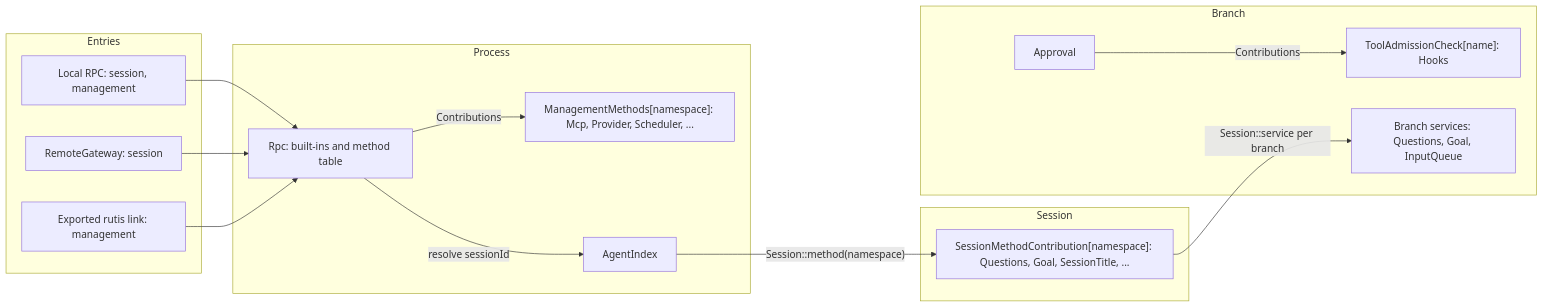
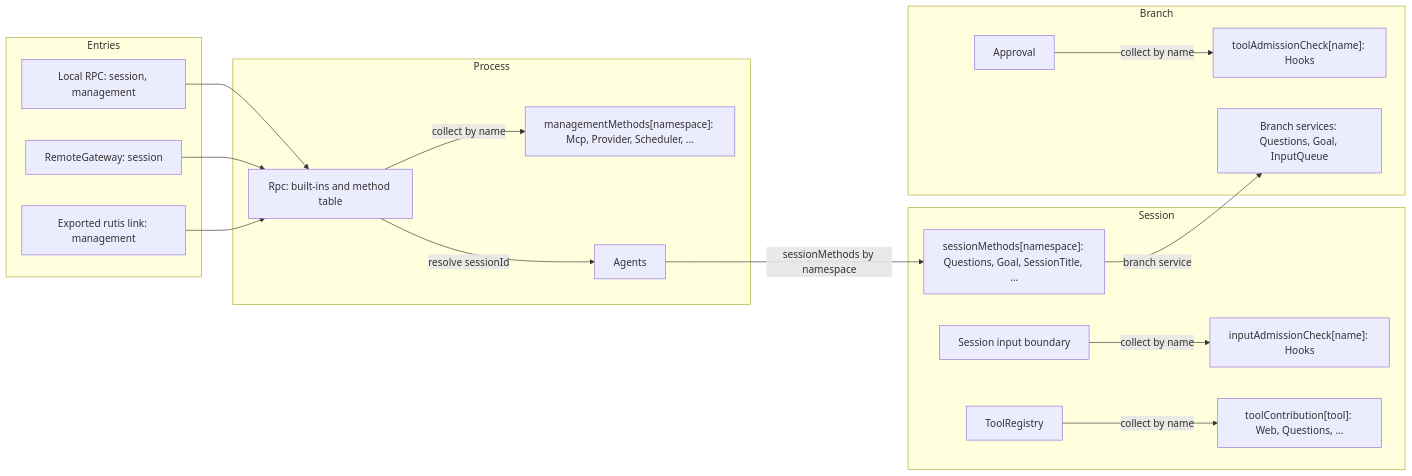
Before and after one commit to CoutinhoTTS/dim-agent: the first of 5 diagrams in docs/design/contracts/session-boundary.md, drawn with Mermaid. The commit also changed other lines of this file and 3 other files, not shown here.

Commit message:
docs(design): language-neutral contracts, input admission and node-offline rule in ADR 002, overview and contracts

````diff
--- a/docs/design/contracts/session-boundary.md
+++ b/docs/design/contracts/session-boundary.md
@@ -15,29 +19,35 @@
 ```mermaid
 flowchart LR
   subgraph ENT["Entries"]
     Local["Local RPC: session, management"]
     Remote["RemoteGateway: session"]
     Link["Exported rutis link: management"]
   end
   subgraph PROC["Process"]
     Rpc["Rpc: built-ins and method table"]
-    MM["ManagementMethods[namespace]: Mcp, Provider, Scheduler, ..."]
-    AI["AgentIndex"]
+    MM["managementMethods[namespace]: Mcp, Provider, Scheduler, ..."]
+    AI["Agents"]
   end
   subgraph SES["Session"]
-    SM["SessionMethodContribution[namespace]: Questions, Goal, SessionTitle, ..."]
+    SM["sessionMethods[namespace]: Questions, Goal, SessionTitle, ..."]
+    IB["Session input boundary"]
+    IC["inputAdmissionCheck[name]: Hooks"]
+    TR["ToolRegistry"]
+    TC2["toolContribution[tool]: Web, Questions, ..."]
   end
   subgraph BR["Branch"]
     AP["Approval"]
-    TC["ToolAdmissionCheck[name]: Hooks"]
+    TC["toolAdmissionCheck[name]: Hooks"]
     BS["Branch services: Questions, Goal, InputQueue"]
   end
   Local --> Rpc
   Remote --> Rpc
   Link --> Rpc
-  Rpc -->|"Contributions"| MM
+  Rpc -->|"collect by name"| MM
   Rpc -->|"resolve sessionId"| AI
-  AI -->|"Session::method(namespace)"| SM
-  SM -->|"Session::service per branch"| BS
-  AP -->|"Contributions"| TC
+  AI -->|"sessionMethods by namespace"| SM
+  SM -->|"branch service"| BS
+  IB -->|"collect by name"| IC
+  TR -->|"collect by name"| TC2
+  AP -->|"collect by name"| TC
 ```
````
